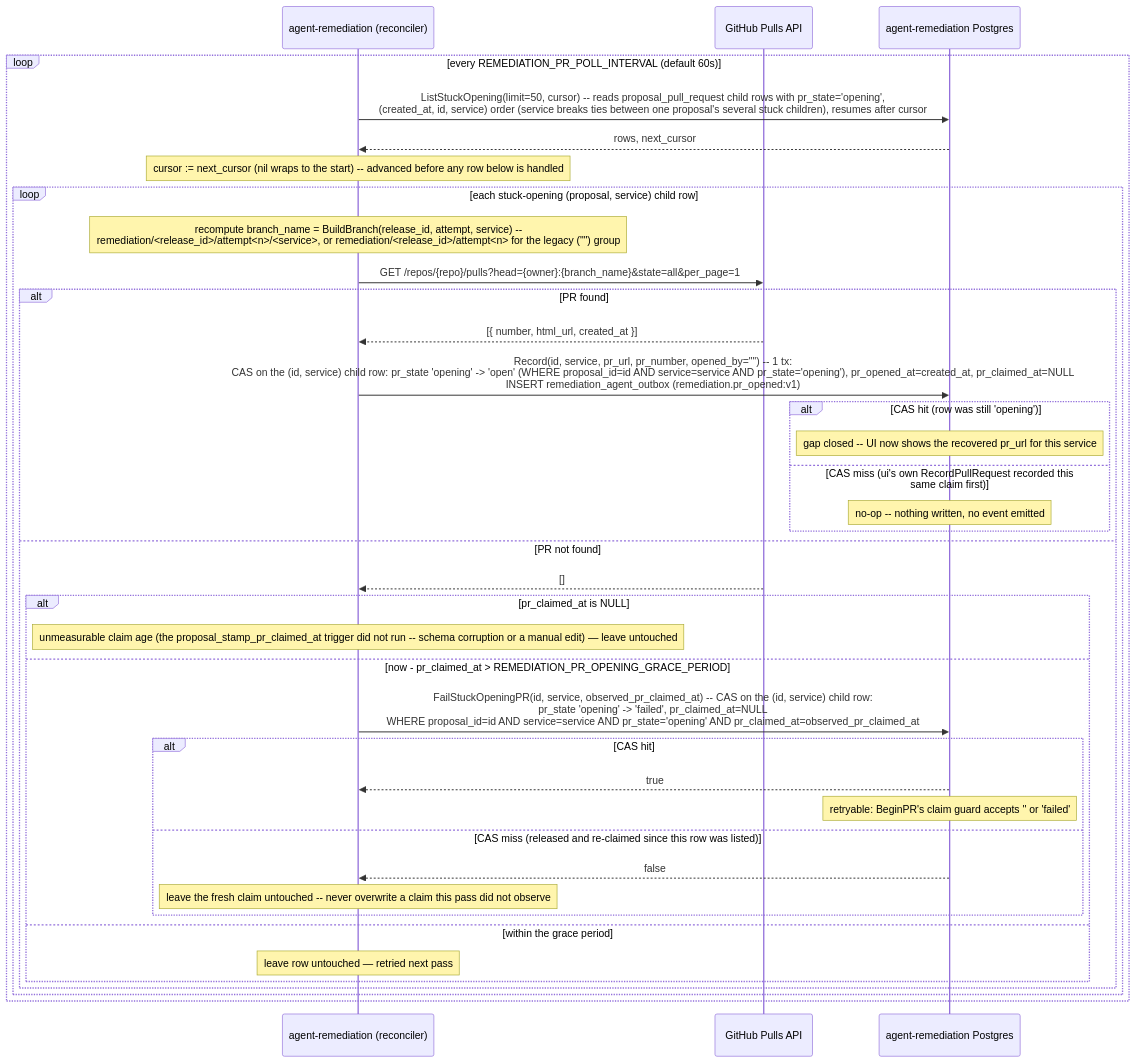
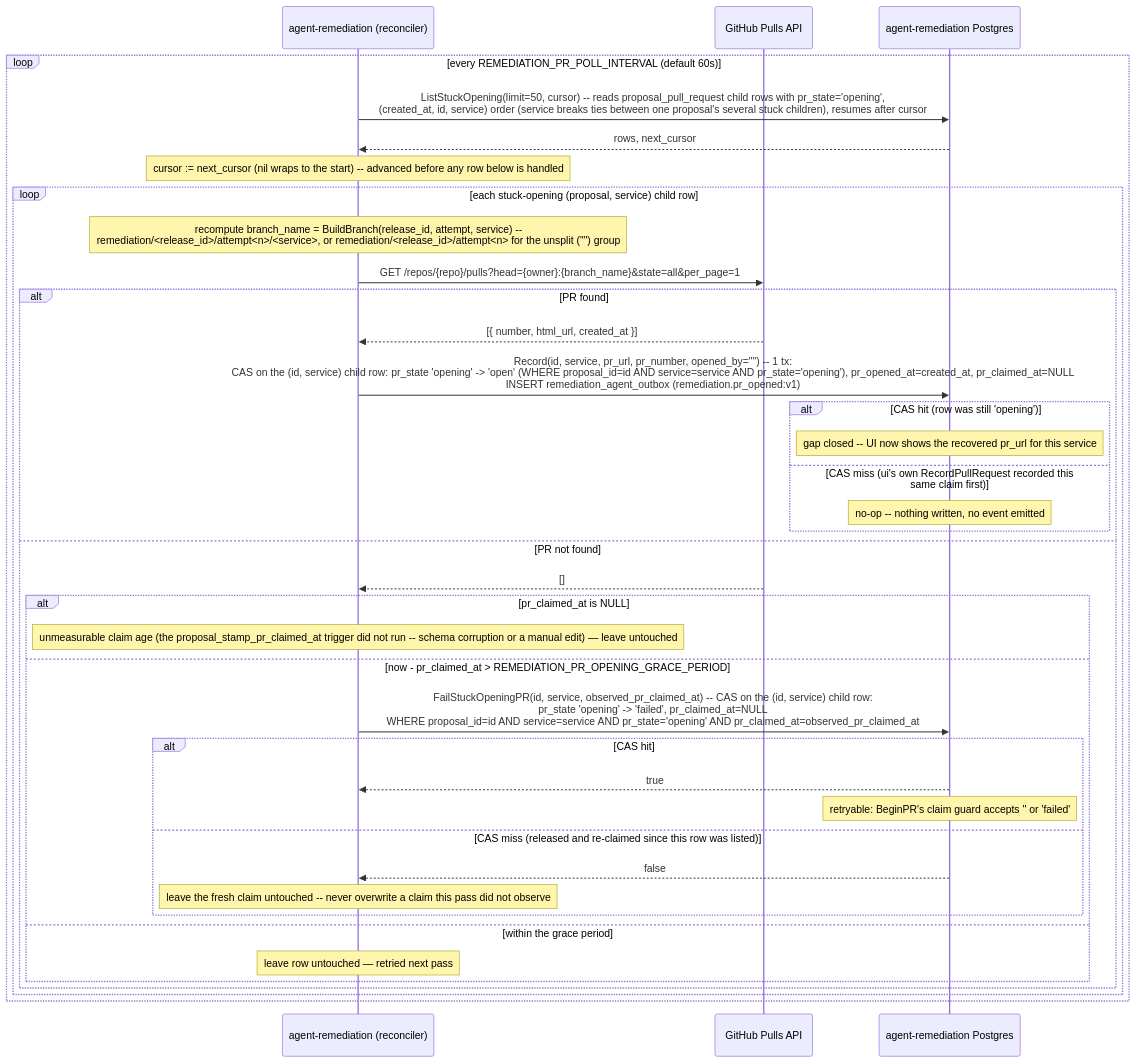
Before and after one commit to carolsimone/continuo: diagram 16 of 16 in docs/arch/03-sequence-flows.md, drawn with Mermaid. The commit also changed other lines of this file and 93 other files, not shown here.

````diff
--- a/docs/arch/03-sequence-flows.md
+++ b/docs/arch/03-sequence-flows.md
@@ -854,41 +854,41 @@
 ```mermaid
 sequenceDiagram
   participant RA as agent-remediation (reconciler)
   participant GH as GitHub Pulls API
   participant PG as agent-remediation Postgres
 
   loop every REMEDIATION_PR_POLL_INTERVAL (default 60s)
     RA->>PG: ListStuckOpening(limit=50, cursor) -- reads proposal_pull_request child rows with pr_state='opening',<br/>(created_at, id, service) order (service breaks ties between one proposal's several stuck children), resumes after cursor
     PG-->>RA: rows, next_cursor
     Note over RA: cursor := next_cursor (nil wraps to the start) -- advanced before any row below is handled
     loop each stuck-opening (proposal, service) child row
-      Note over RA: recompute branch_name = BuildBranch(release_id, attempt, service) --<br/>remediation/<release_id>/attempt<n>/<service>, or remediation/<release_id>/attempt<n> for the legacy ("") group
+      Note over RA: recompute branch_name = BuildBranch(release_id, attempt, service) --<br/>remediation/<release_id>/attempt<n>/<service>, or remediation/<release_id>/attempt<n> for the unsplit ("") group
       RA->>GH: GET /repos/{repo}/pulls?head={owner}:{branch_name}&state=all&per_page=1
       alt PR found
         GH-->>RA: [{ number, html_url, created_at }]
         RA->>PG: Record(id, service, pr_url, pr_number, opened_by="") -- 1 tx:<br/>CAS on the (id, service) child row: pr_state 'opening' -> 'open' (WHERE proposal_id=id AND service=service AND pr_state='opening'), pr_opened_at=created_at, pr_claimed_at=NULL<br/>INSERT remediation_agent_outbox (remediation.pr_opened:v1)
         alt CAS hit (row was still 'opening')
           Note over PG: gap closed -- UI now shows the recovered pr_url for this service
         else CAS miss (ui's own RecordPullRequest recorded this same claim first)
           Note over PG: no-op -- nothing written, no event emitted
         end
       else PR not found
         GH-->>RA: []
         alt pr_claimed_at is NULL
           Note over RA: unmeasurable claim age (the proposal_stamp_pr_claimed_at trigger did not run -- schema corruption or a manual edit) — leave untouched
         else now - pr_claimed_at > REMEDIATION_PR_OPENING_GRACE_PERIOD
           RA->>PG: FailStuckOpeningPR(id, service, observed_pr_claimed_at) -- CAS on the (id, service) child row:<br/>pr_state 'opening' -> 'failed', pr_claimed_at=NULL<br/>WHERE proposal_id=id AND service=service AND pr_state='opening' AND pr_claimed_at=observed_pr_claimed_at
           alt CAS hit
             PG-->>RA: true
             Note over PG: retryable: BeginPR's claim guard accepts '' or 'failed'
           else CAS miss (released and re-claimed since this row was listed)
             PG-->>RA: false
             Note over RA: leave the fresh claim untouched -- never overwrite a claim this pass did not observe
           end
         else within the grace period
           Note over RA: leave row untouched — retried next pass
         end
       end
     end
   end
 ```
````
